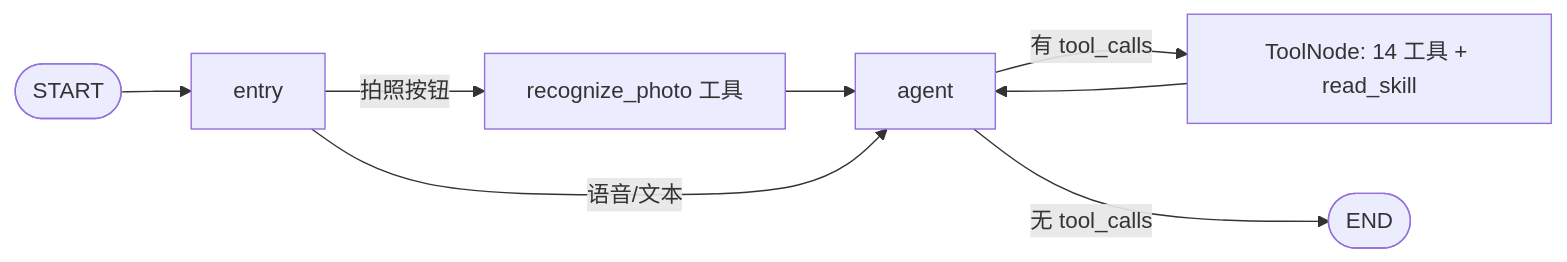
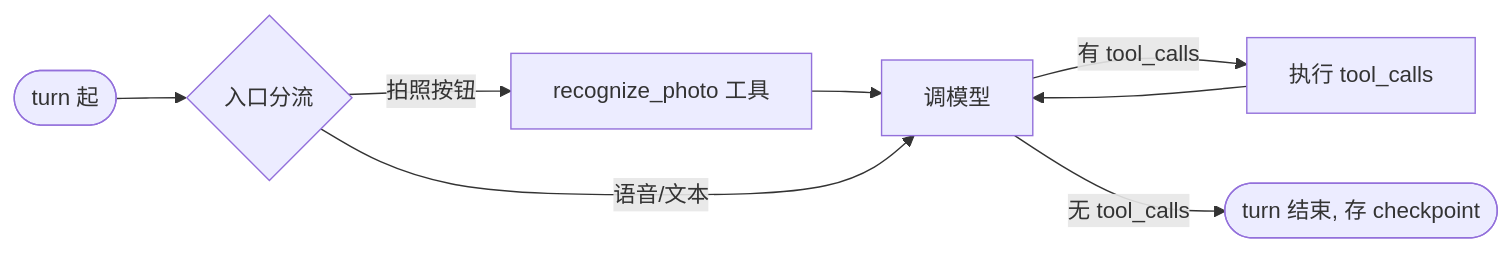
The diagram in shiwujie-ai/docs/design.md (didiyal/shiwujie), drawn with Mermaid before and after one commit. The commit also changed other lines of this file and 20 other files, not shown here.

````diff
--- a/shiwujie-ai/docs/design.md
+++ b/shiwujie-ai/docs/design.md
@@ -52,10 +54,10 @@
 ```mermaid
 flowchart LR
-    S([START]) --> entry
+    S([turn 起]) --> entry{入口分流}
     entry -->|拍照按钮| vlm[recognize_photo 工具]
-    vlm --> agent
+    vlm --> agent[调模型]
     entry -->|语音/文本| agent
-    agent -->|有 tool_calls| tools[ToolNode: 14 工具 + read_skill]
+    agent -->|有 tool_calls| tools[执行 tool_calls]
     tools --> agent
-    agent -->|无 tool_calls| E([END])
+    agent -->|无 tool_calls| E([turn 结束, 存 checkpoint])
 ```
````
